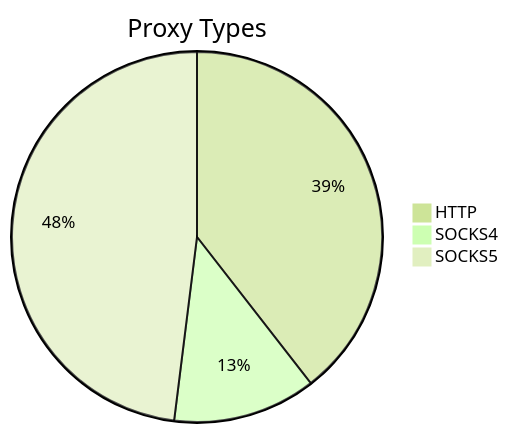
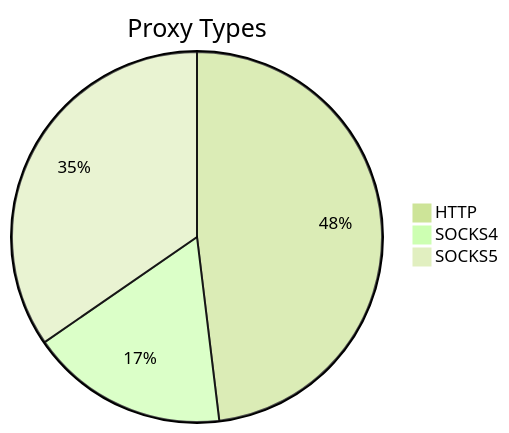
The first of 2 diagrams in README.md (stormsia/proxy-list), drawn with Mermaid (forest theme) before and after one commit. The commit also changed other lines of this file, not shown here.

````diff
--- a/README.md
+++ b/README.md
@@ -21,6 +21,6 @@
 ```mermaid
 pie title Proxy Types
-    "HTTP" : 60
-    "SOCKS4" : 19
-    "SOCKS5" : 73
+    "HTTP" : 100
+    "SOCKS4" : 36
+    "SOCKS5" : 72
 ```
````
